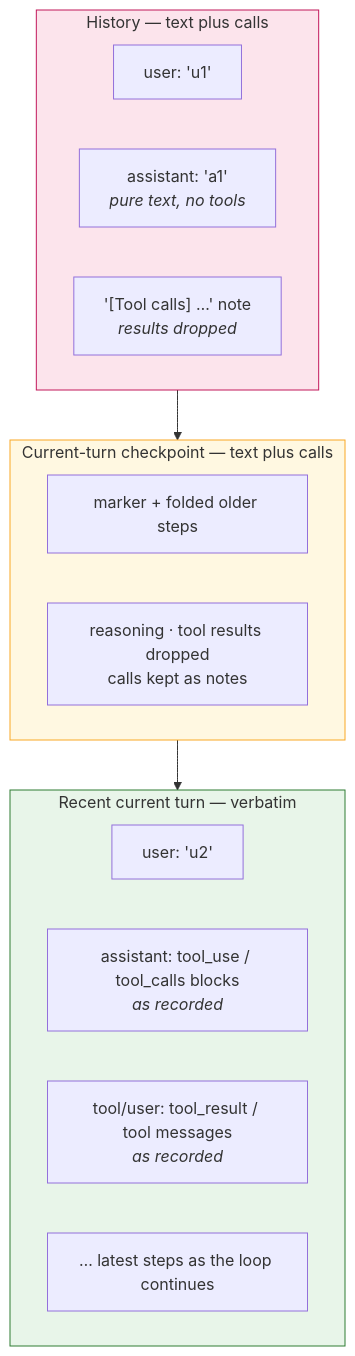
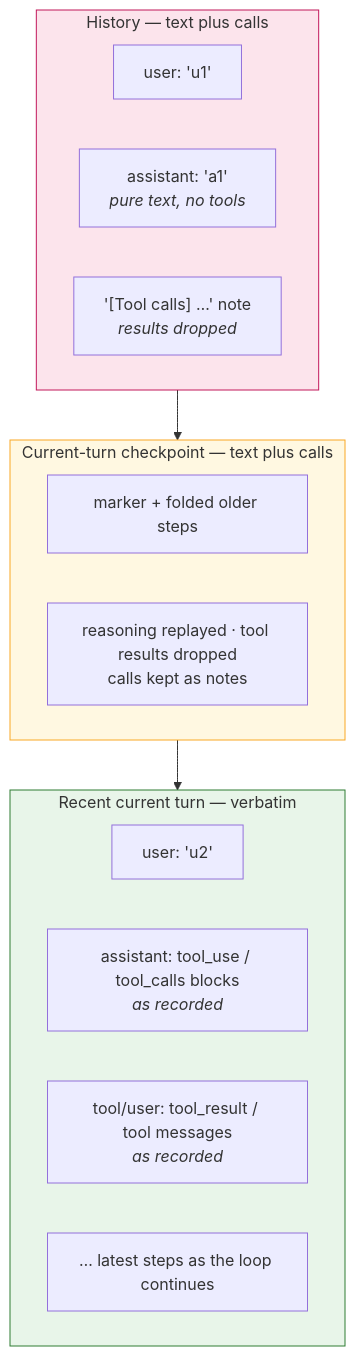
Before and after one commit to kingye/jyc: the second of 3 diagrams in docs/architecture/context.md, drawn with Mermaid. The commit also changed other lines of this file and 4 other files, not shown here.

````diff
--- a/docs/architecture/context.md
+++ b/docs/architecture/context.md
@@ -258,22 +259,22 @@
 ```mermaid
 flowchart TB
     subgraph R1["History — text plus calls"]
         R1U["user: 'u1'"]
         R1A["assistant: 'a1'<br/><i>pure text, no tools</i>"]
         R1N["'[Tool calls] …' note<br/><i>results dropped</i>"]
     end
     subgraph R3["Current-turn checkpoint — text plus calls"]
         R3M["marker + folded older steps"]
-        R3N["reasoning · tool results dropped<br/>calls kept as notes"]
+        R3N["reasoning replayed · tool results dropped<br/>calls kept as notes"]
     end
     subgraph R2["Recent current turn — verbatim"]
         R2U["user: 'u2'"]
         R2ATU["assistant: tool_use / tool_calls blocks<br/><i>as recorded</i>"]
         R2TR["tool/user: tool_result / tool messages<br/><i>as recorded</i>"]
         R2MORE["… latest steps as the loop continues"]
     end
     R1 --> R3 --> R2
     style R1 fill:#fce4ec,stroke:#c2185b
     style R3 fill:#fff8e1,stroke:#f9a825
     style R2 fill:#e8f5e9,stroke:#2e7d32
 ```
````
